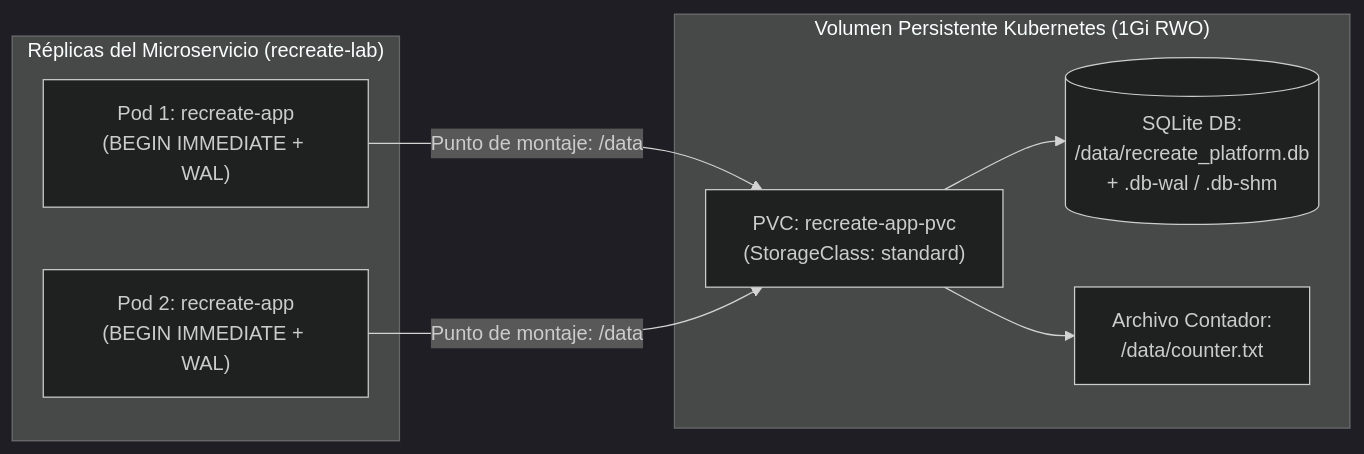
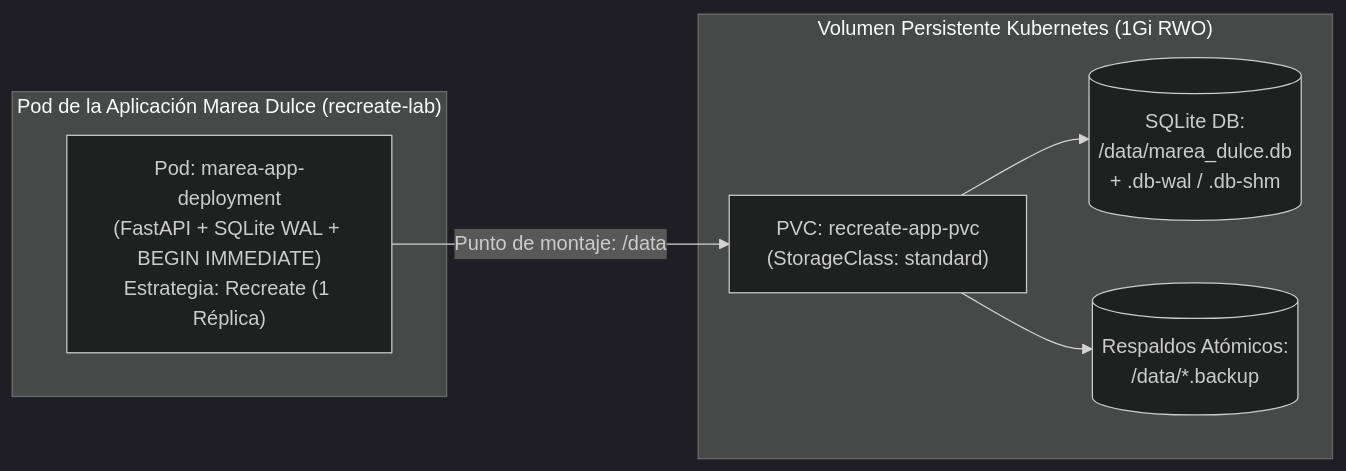
One commit to Esteban-GV/MareaDulce_Recreate changed the diagram in docs/sqlite-pvc.md. Above: the diagram before and after it, drawn with Mermaid (dark theme). The commit also changed other lines of this file and 138 other files, not shown here.

Commit message:
feat(docs): migrate documentation, platform and architecture to Marea Dulce Recreate deployment

````diff
--- a/docs/sqlite-pvc.md
+++ b/docs/sqlite-pvc.md
@@ -17,17 +17,16 @@
 ```mermaid
 flowchart LR
-    subgraph Pods ["Réplicas del Microservicio (recreate-lab)"]
-        P1["Pod 1: recreate-app\n(BEGIN IMMEDIATE + WAL)"]
-        P2["Pod 2: recreate-app\n(BEGIN IMMEDIATE + WAL)"]
+    subgraph Pod ["Pod de la Aplicación Marea Dulce (recreate-lab)"]
+        P1["Pod: marea-app-deployment\n(FastAPI + SQLite WAL + BEGIN IMMEDIATE)\nEstrategia: Recreate (1 Réplica)"]
     end
 
     subgraph Storage ["Volumen Persistente Kubernetes (1Gi RWO)"]
         PVC["PVC: recreate-app-pvc\n(StorageClass: standard)"]
-        DB[("SQLite DB:\n/data/recreate_platform.db\n+ .db-wal / .db-shm")]
-        CNT["Archivo Contador:\n/data/counter.txt"]
+        DB[("SQLite DB:\n/data/marea_dulce.db\n+ .db-wal / .db-shm")]
+        BKP[("Respaldos Atómicos:\n/data/*.backup")]
     end
 
-    P1 & P2 -->|"Punto de montaje: /data"| PVC
+    P1 -->|"Punto de montaje: /data"| PVC
     PVC --> DB
-    PVC --> CNT
+    PVC --> BKP
 ```
````
